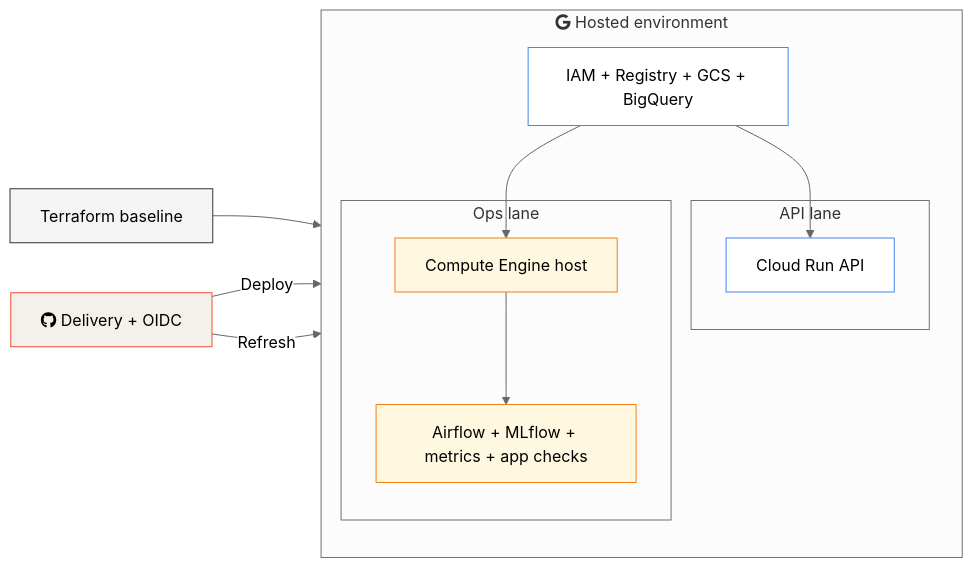
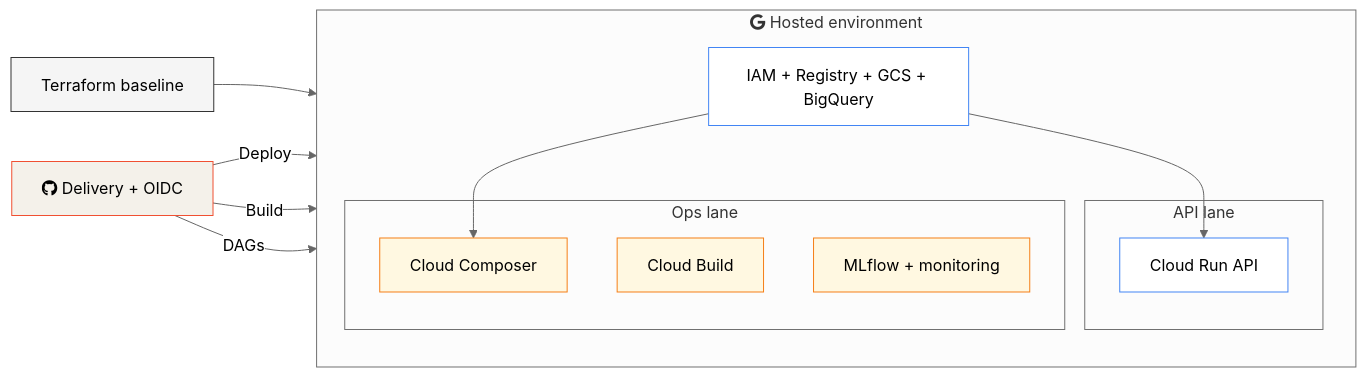
Before and after one commit to javihslu/foehncast: the second of 3 diagrams in docs/site/system/cloud-mapping.md, drawn with Mermaid (neutral theme). The commit also changed other lines of this file and 7 other files, not shown here.

First line of the commit message:
docs(system): update system pages for GCP-native architecture

```diff
--- a/docs/site/system/cloud-mapping.md
+++ b/docs/site/system/cloud-mapping.md
@@ -99,33 +99,34 @@
 <div class="mermaid">
 flowchart LR
     %% Styling
     classDef infra fill:#f5f5f5,stroke:#333
     classDef runner fill:#f4f1ea,stroke:#f05032
     classDef platform fill:#fff,stroke:#4285F4
     classDef operator fill:#fff8e1,stroke:#f57f17
 
     TF["Terraform baseline"]:::infra
     GH["fab:fa-github Delivery + OIDC"]:::runner
 
     subgraph GCP ["fab:fa-google Hosted environment"]
         direction TB
         BASE["IAM + Registry + GCS + BigQuery"]:::platform
 
         subgraph PublicLane ["API lane"]
             RUN["Cloud Run API"]:::platform
         end
 
         subgraph PrivateLane ["Ops lane"]
-            HOST["Compute Engine host"]:::operator
-            OPS["Airflow + MLflow + metrics + app checks"]:::operator
-            HOST --> OPS
+            CMP["Cloud Composer"]:::operator
+            CB["Cloud Build"]:::operator
+            OPS["MLflow + monitoring"]:::operator
         end
 
         BASE --> RUN
-        BASE --> HOST
+        BASE --> CMP
     end
 
     TF --> BASE
     GH -- "Deploy" --> RUN
-    GH -- "Refresh" --> HOST
+    GH -- "Build" --> CB
+    GH -- "DAGs" --> CMP
 </div>
```
